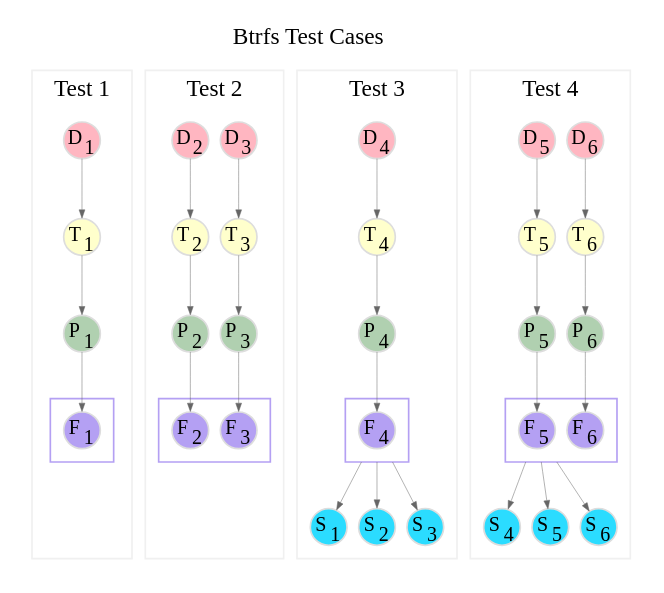
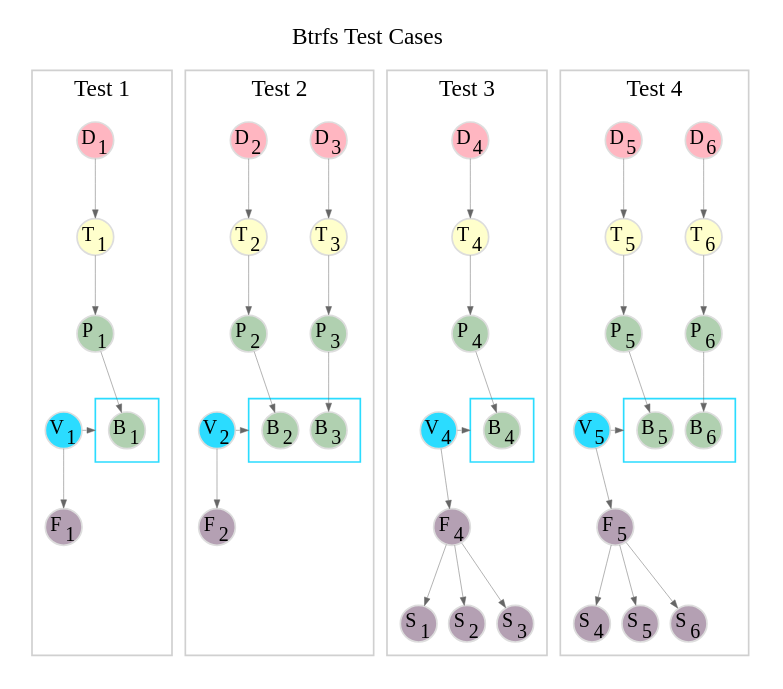
Before and after one commit to flatcap/dparted: the diagram in gfx/btrfs.gv, drawn with Graphviz. The commit also changed 1 other file, not shown here.

```diff
--- a/gfx/btrfs.gv
+++ b/gfx/btrfs.gv
@@ -1,156 +1,181 @@
 digraph btrfs {
 	graph [
 		rankdir="TB"
-		bgcolor="white"
-		color="white"
+		bgcolor="#FFFFFF"
+		color="#FFFFFF"
 		nodesep="0.1"
 		ranksep="0.5"
 		labelloc="t"
 		label=<Btrfs Test Cases>
 		compound=true;
 	];
 
 	node [
 		fontsize="12"
 		style="filled"
 		width="0.3"
 		height="0.3"
 		fixedsize="true"
 		penwidth="1.0"
 		color="#DDDDDD"
-		fillcolor="#ffffc0"
+		fillcolor="#FFFFC0"
 	];
 
 	edge [
 		penwidth="0.3"
 		color="#666666"
 		arrowsize="0.5"
 	];
 
 
 	subgraph cluster1 {
-		color="#f0f0f0";
+		color="#D0D0D0";
 		labelloc="t"
 		label="Test 1"
 
 		a_D1 [ label=<D<SUB>1</SUB>> fillcolor="#FFB6C1" ];
 		a_T1 [ label=<T<SUB>1</SUB>> fillcolor="#FFFFCC" ];
 		a_P1 [ label=<P<SUB>1</SUB>> fillcolor="#B0D0B0" ];
+		a_V1 [ label=<V<SUB>1</SUB>> fillcolor="#2BDCFF" ];
+		a_F1 [ label=<F<SUB>1</SUB>> fillcolor="#B4A0B3" ];
 		a_S1 [ style=invis ];
 
 		subgraph cluster11 {
-			color="#B4A0F3";
+			color="#2BDCFF";
 			labelloc="t"
 			label=""
 
-			a_F1 [ label=<F<SUB>1</SUB>> fillcolor="#B4A0F3" ];
+			a_B1 [ label=<B<SUB>1</SUB>> fillcolor="#B0D0B0" ];
 		}
 
 		a_D1 -> a_T1;
 		a_T1 -> a_P1;
-		a_P1 -> a_F1;
+		a_P1 -> a_B1;
+
+		a_P1 -> a_V1 [ style=invis ];
+		a_V1 -> a_B1 [ lhead=cluster11 constraint=false ];
+		a_V1 -> a_F1;
 		a_F1 -> a_S1 [ style=invis ];
 	}
 
 	subgraph cluster2 {
-		color="#f0f0f0";
+		color="#D0D0D0";
 		labelloc="t"
 		label="Test 2"
 
 		b_D3 [ label=<D<SUB>3</SUB>> fillcolor="#FFB6C1" ];
 		b_T3 [ label=<T<SUB>3</SUB>> fillcolor="#FFFFCC" ];
 		b_P3 [ label=<P<SUB>3</SUB>> fillcolor="#B0D0B0" ];
 
 		b_D2 [ label=<D<SUB>2</SUB>> fillcolor="#FFB6C1" ];
 		b_T2 [ label=<T<SUB>2</SUB>> fillcolor="#FFFFCC" ];
 		b_P2 [ label=<P<SUB>2</SUB>> fillcolor="#B0D0B0" ];
+
+		b_V2 [ label=<V<SUB>2</SUB>> fillcolor="#2BDCFF" ];
+		b_F2 [ label=<F<SUB>2</SUB>> fillcolor="#B4A0B3" ];
 		b_S2 [ style=invis ];
 
 		subgraph cluster21 {
-			color="#B4A0F3";
+			color="#2BDCFF";
 			labelloc="t"
 			label=""
 
-			b_F2 [ label=<F<SUB>2</SUB>> fillcolor="#B4A0F3" ];
-			b_F3 [ label=<F<SUB>3</SUB>> fillcolor="#B4A0F3" ];
+			b_B2 [ label=<B<SUB>2</SUB>> fillcolor="#B0D0B0" ];
+			b_B3 [ label=<B<SUB>3</SUB>> fillcolor="#B0D0B0" ];
 		}
 
 		b_D3 -> b_T3;
 		b_T3 -> b_P3;
-		b_P3 -> b_F3;
+		b_P3 -> b_B3;
 
 		b_D2 -> b_T2;
 		b_T2 -> b_P2;
-		b_P2 -> b_F2;
+		b_P2 -> b_B2;
+
+		b_P2 -> b_V2 [ style=invis ];
+		b_V2 -> b_B2 [ lhead=cluster21 constraint=false ];
+		b_V2 -> b_F2;
 		b_F2 -> b_S2 [ style=invis ];
 	}
 
 	subgraph cluster3 {
-		color="#f0f0f0";
+		color="#D0D0D0";
 		labelloc="t"
 		label="Test 3"
 
 		c_D4 [ label=<D<SUB>4</SUB>> fillcolor="#FFB6C1" ];
 		c_P4 [ label=<P<SUB>4</SUB>> fillcolor="#B0D0B0" ];
-		c_S1 [ label=<S<SUB>1</SUB>> fillcolor="#2BDCFF" ];
-		c_S2 [ label=<S<SUB>2</SUB>> fillcolor="#2BDCFF" ];
-		c_S3 [ label=<S<SUB>3</SUB>> fillcolor="#2BDCFF" ];
 		c_T4 [ label=<T<SUB>4</SUB>> fillcolor="#FFFFCC" ];
 
+		c_V4 [ label=<V<SUB>4</SUB>> fillcolor="#2BDCFF" ];
+		c_F4 [ label=<F<SUB>4</SUB>> fillcolor="#B4A0B3" ];
+		c_S1 [ label=<S<SUB>1</SUB>> fillcolor="#B4A0B3" ];
+		c_S2 [ label=<S<SUB>2</SUB>> fillcolor="#B4A0B3" ];
+		c_S3 [ label=<S<SUB>3</SUB>> fillcolor="#B4A0B3" ];
+
 		subgraph cluster31 {
-			color="#B4A0F3";
+			color="#2BDCFF";
 			labelloc="t"
 			label=""
 
-			c_F4 [ label=<F<SUB>4</SUB>> fillcolor="#B4A0F3" ];
+			c_B4 [ label=<B<SUB>4</SUB>> fillcolor="#B0D0B0" ];
 		}
 
 		c_D4 -> c_T4;
 		c_T4 -> c_P4;
-		c_P4 -> c_F4;
+		c_P4 -> c_B4;
+
+		c_P4 -> c_V4 [ style=invis ];
+		c_V4 -> c_B4 [ lhead=cluster31 constraint=false ];
+		c_V4 -> c_F4;
 
 		c_F4 -> c_S1 [ ltail=cluster31 ];
 		c_F4 -> c_S2 [ ltail=cluster31 ];
 		c_F4 -> c_S3 [ ltail=cluster31 ];
-
 	}
 
 	subgraph cluster4 {
-		color="#f0f0f0";
+		color="#D0D0D0";
 		labelloc="t"
 		label="Test 4"
 
 		d_D6 [ label=<D<SUB>6</SUB>> fillcolor="#FFB6C1" ];
 		d_T6 [ label=<T<SUB>6</SUB>> fillcolor="#FFFFCC" ];
 		d_P6 [ label=<P<SUB>6</SUB>> fillcolor="#B0D0B0" ];
 
 		d_D5 [ label=<D<SUB>5</SUB>> fillcolor="#FFB6C1" ];
 		d_T5 [ label=<T<SUB>5</SUB>> fillcolor="#FFFFCC" ];
 		d_P5 [ label=<P<SUB>5</SUB>> fillcolor="#B0D0B0" ];
 
-		d_S4 [ label=<S<SUB>4</SUB>> fillcolor="#2BDCFF" ];
-		d_S5 [ label=<S<SUB>5</SUB>> fillcolor="#2BDCFF" ];
-		d_S6 [ label=<S<SUB>6</SUB>> fillcolor="#2BDCFF" ];
+		d_V5 [ label=<V<SUB>5</SUB>> fillcolor="#2BDCFF" ];
+		d_F5 [ label=<F<SUB>5</SUB>> fillcolor="#B4A0B3" ];
+		d_S4 [ label=<S<SUB>4</SUB>> fillcolor="#B4A0B3" ];
+		d_S5 [ label=<S<SUB>5</SUB>> fillcolor="#B4A0B3" ];
+		d_S6 [ label=<S<SUB>6</SUB>> fillcolor="#B4A0B3" ];
 
 		subgraph cluster41 {
-			color="#B4A0F3";
+			color="#2BDCFF";
 			labelloc="t"
 			label=""
 
-			d_F5 [ label=<F<SUB>5</SUB>> fillcolor="#B4A0F3" ];
-			d_F6 [ label=<F<SUB>6</SUB>> fillcolor="#B4A0F3" ];
+			d_B5 [ label=<B<SUB>5</SUB>> fillcolor="#B0D0B0" ];
+			d_B6 [ label=<B<SUB>6</SUB>> fillcolor="#B0D0B0" ];
 		}
 
 		d_D6 -> d_T6;
 		d_T6 -> d_P6;
-		d_P6 -> d_F6;
+		d_P6 -> d_B6;
 
 		d_D5 -> d_T5;
 		d_T5 -> d_P5;
-		d_P5 -> d_F5;
+		d_P5 -> d_B5;
+
+		d_P5 -> d_V5 [ style=invis ];
+		d_V5 -> d_B5 [ lhead=cluster41 constraint=false ];
+		d_V5 -> d_F5;
 
 		d_F5 -> d_S4 [ ltail=cluster41 ];
 		d_F5 -> d_S5 [ ltail=cluster41 ];
 		d_F5 -> d_S6 [ ltail=cluster41 ];
 	}
 }
```
